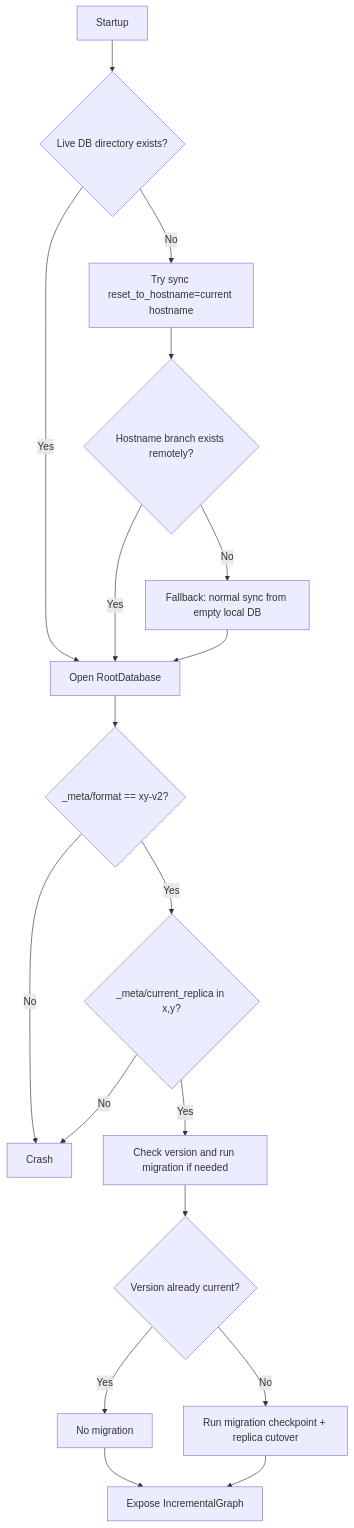
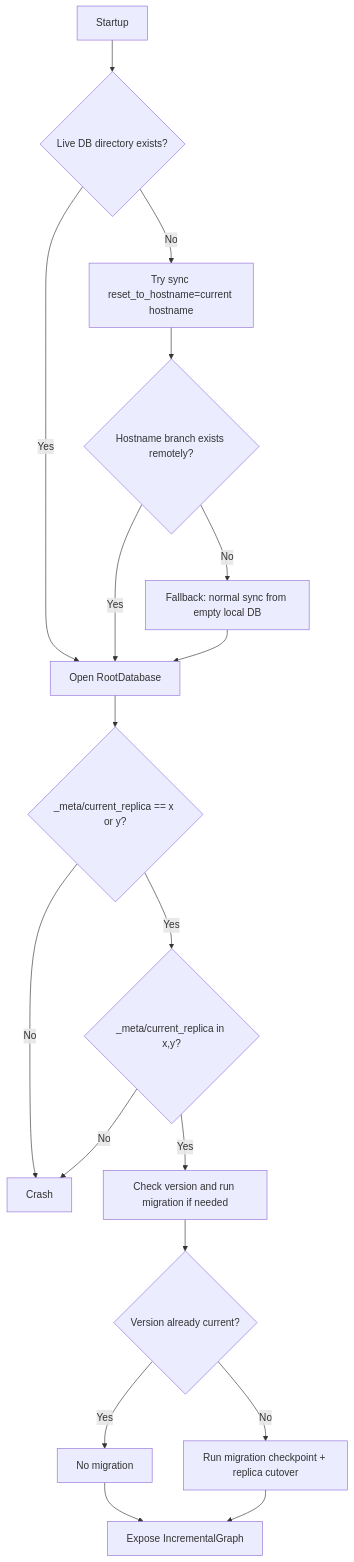
The diagram in docs/database-boot-sequence.md (ottojung/volodyslav), drawn with Mermaid before and after one commit. The commit also changed other lines of this file and 6 other files, not shown here.

Commit message:
Fix synchronization/database tests and fully remove _meta format concept

````diff
--- a/docs/database-boot-sequence.md
+++ b/docs/database-boot-sequence.md
@@ -87,23 +87,23 @@
 ```mermaid
 flowchart TD
     A[Startup] --> B{Live DB directory exists?}
     B -->|Yes| C[Open RootDatabase]
     B -->|No| D[Try sync reset_to_hostname=current hostname]
     D --> E{Hostname branch exists remotely?}
     E -->|Yes| C
     E -->|No| F[Fallback: normal sync from empty local DB]
     F --> C
 
-    C --> G{_meta/format == xy-v2?}
+    C --> G{_meta/current_replica == x or y?}
     G -->|No| X[Crash]
     G -->|Yes| H{_meta/current_replica in x,y?}
     H -->|No| X
     H -->|Yes| I[Check version and run migration if needed]
 
     I --> J{Version already current?}
     J -->|Yes| K[No migration]
     J -->|No| L[Run migration checkpoint + replica cutover]
 
     K --> M[Expose IncrementalGraph]
     L --> M
 ```
````
